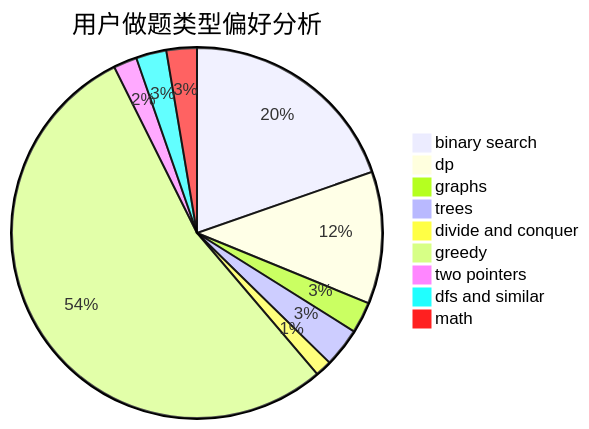
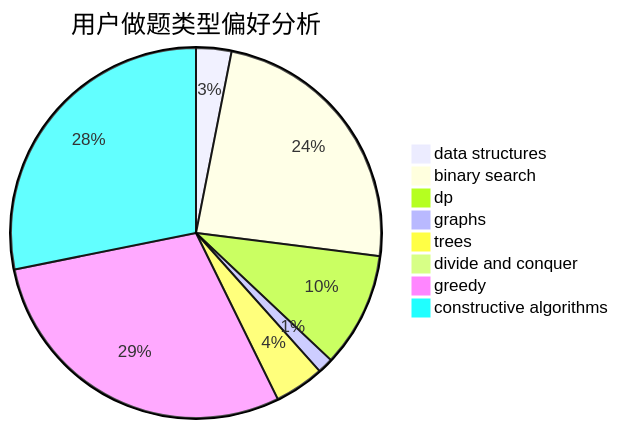
The second of 3 diagrams in docs/user/u1070.md (sherpahu/cfrs.github.io), drawn with Mermaid before and after one commit. The commit also changed other lines of this file and 2775 other files, not shown here.

````diff
--- a/docs/user/u1070.md
+++ b/docs/user/u1070.md
@@ -23,12 +23,11 @@
 ```mermaid
 pie title 用户做题类型偏好分析
-    "binary search" :  259
-    "dp" :  152
-    "graphs" :  36
+    "data structures" :  32
+    "binary search" :  248
+    "dp" :  104
+    "graphs" :  14
     "trees" :  45
-    "divide and conquer" :  19
-    "greedy" :  710
-    "two pointers" :  27
-    "dfs and similar" :  35
-    "math" :  35
+    "divide and conquer" :  9
+    "greedy" :  302
+    "constructive algorithms" :  292
 ```
````
